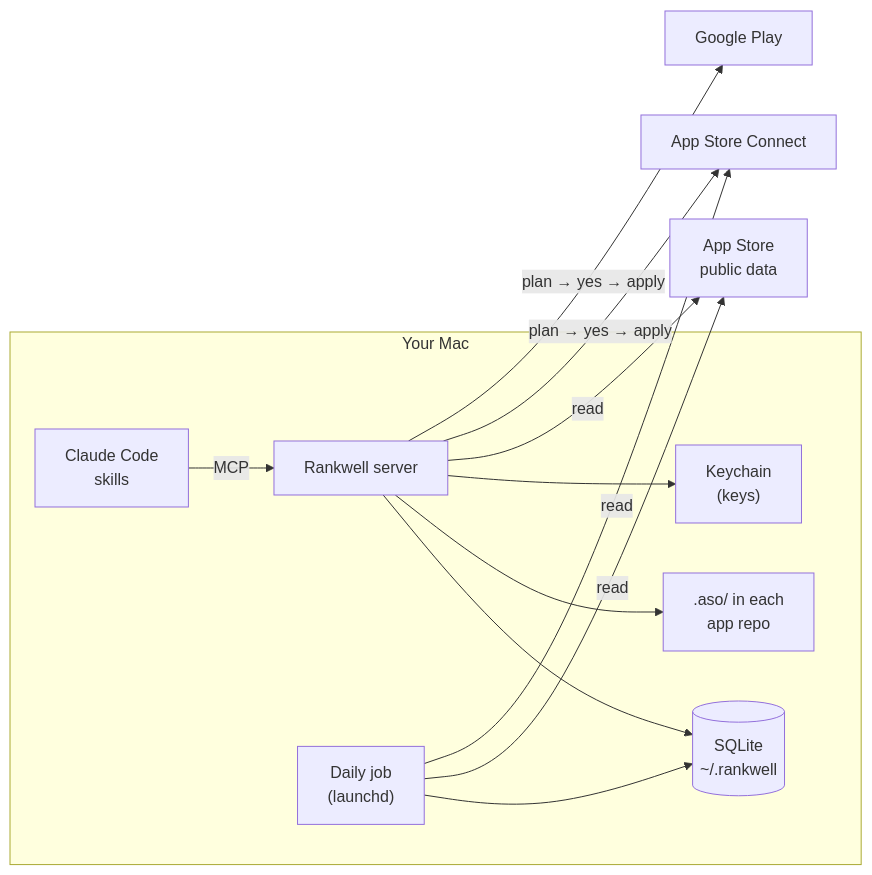
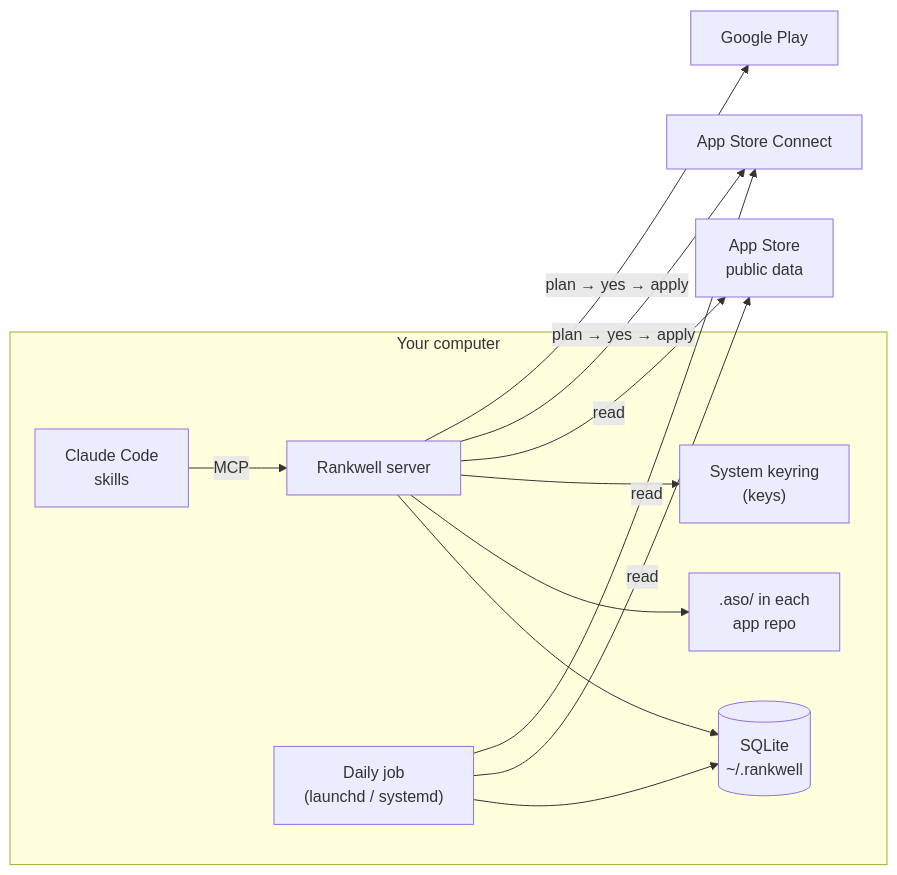
Before and after one commit to AkashShahriar55/rankwell: the diagram in README.md, drawn with Mermaid. The commit also changed other lines of this file and 13 other files, not shown here.

````diff
--- a/README.md
+++ b/README.md
@@ -150,15 +150,15 @@
 ```mermaid
 flowchart LR
-    subgraph Mac["Your Mac"]
+    subgraph Mac["Your computer"]
         CC["Claude Code<br/>skills"] -->|MCP| S["Rankwell server"]
-        J["Daily job<br/>(launchd)"] --> DB[("SQLite<br/>~/.rankwell")]
+        J["Daily job<br/>(launchd / systemd)"] --> DB[("SQLite<br/>~/.rankwell")]
         S --> DB
         S --> A[".aso/ in each<br/>app repo"]
-        S --> K["Keychain<br/>(keys)"]
+        S --> K["System keyring<br/>(keys)"]
     end
     S -->|read| P["App Store<br/>public data"]
     S -->|plan → yes → apply| ASC["App Store Connect"]
     S -->|plan → yes → apply| GP["Google Play"]
     J -->|read| P
     J -->|read| ASC
 ```
````
